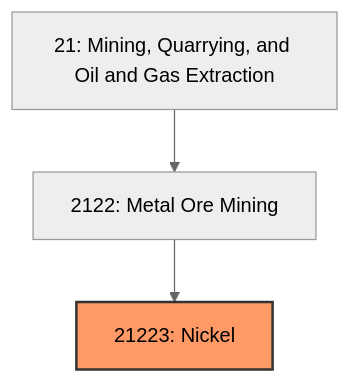
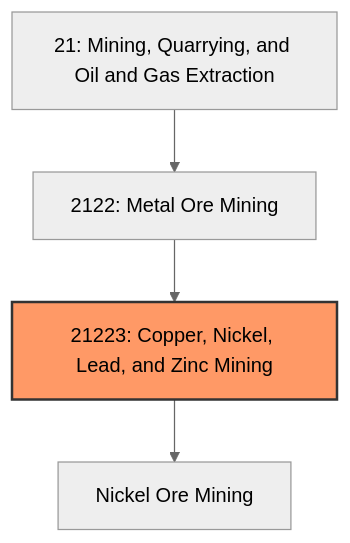
One commit to kziemski/business.org.ai changed the first of 3 diagrams in industries/Mining/MetalOreMining/Nickel.mdx. Above: the diagram before and after it, drawn with Mermaid (neutral theme). The commit also changed other lines of this file and 67 other files, not shown here.

````diff
--- a/industries/Mining/MetalOreMining/Nickel.mdx
+++ b/industries/Mining/MetalOreMining/Nickel.mdx
@@ -20,7 +39,8 @@
 ```mermaid
 graph TD
     S21["21: Mining, Quarrying, and Oil and Gas Extraction"]
     S21 --> N2122["2122: Metal Ore Mining"]
-    N2122 --> N21223["21223: Nickel"]
+    N2122 --> N21223["21223: Copper, Nickel, Lead, and Zinc Mining"]
     style N21223 fill:#f96,stroke:#333,stroke-width:2px
+    N21223 --> Nickel["Nickel Ore Mining"]
 ```
````
